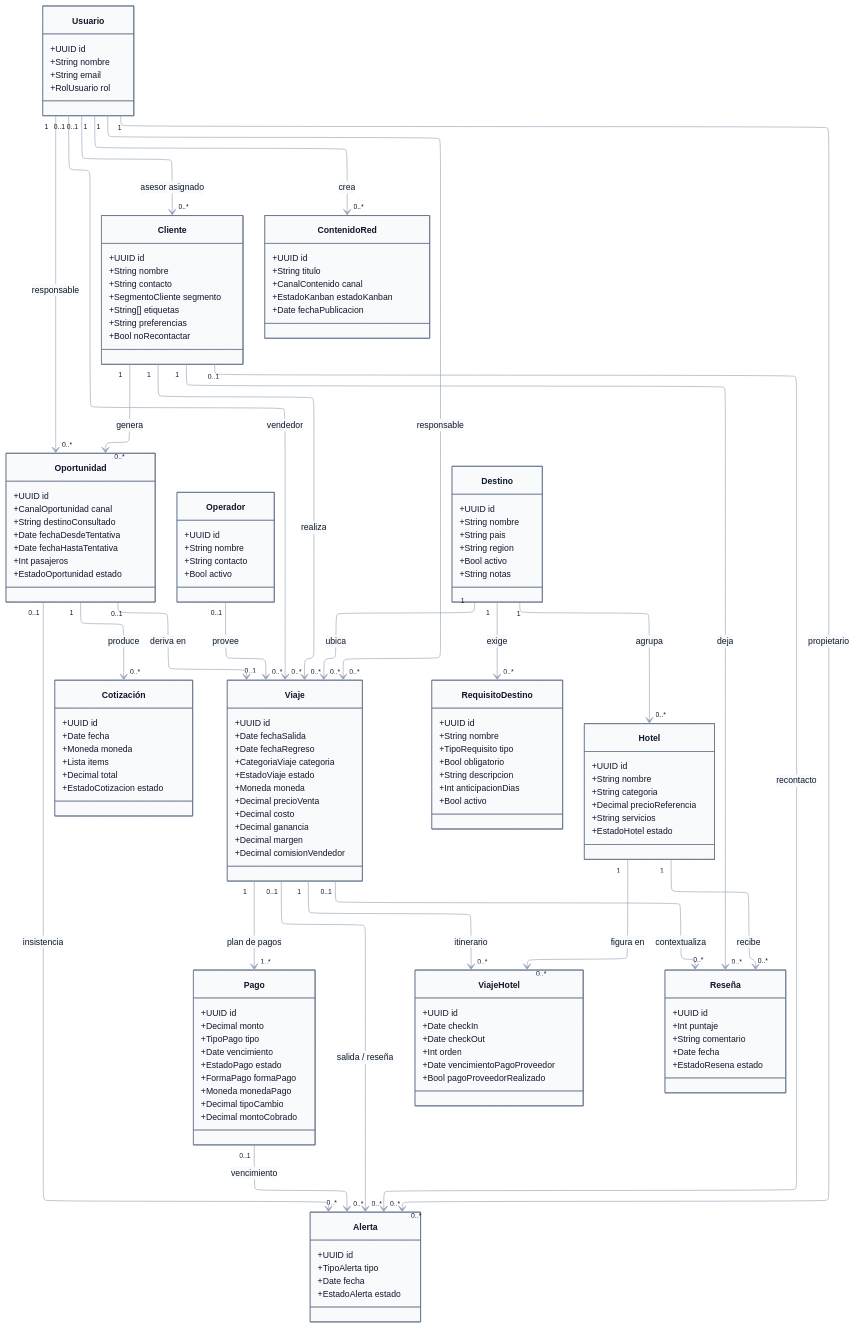
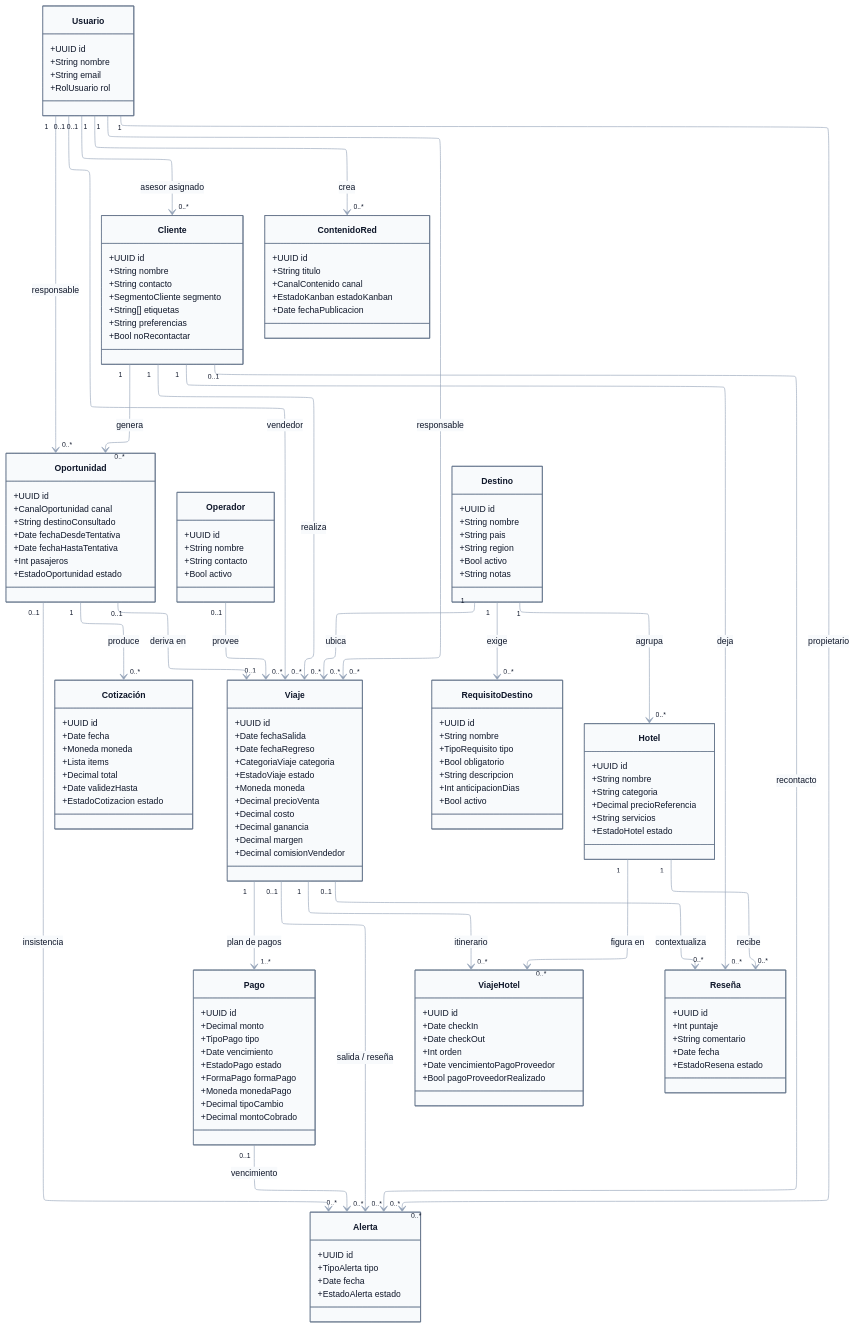
One commit to FranLuciano04/Vault-Rumbo changed the first of 4 diagrams in 03-Dominio/Diagramas/DGM — Diagrama de clases.md. Above: the diagram before and after it, drawn with Mermaid. The commit also changed other lines of this file and 16 other files, not shown here.

First line of the commit message:
Resolver los 25 huecos de los diagramas de estado

```diff
--- a/03-Dominio/Diagramas/DGM — Diagrama de clases.md
+++ b/03-Dominio/Diagramas/DGM — Diagrama de clases.md
@@ -67,6 +67,7 @@
         +Moneda moneda
         +Lista items
         +Decimal total
+        +Date validezHasta
         +EstadoCotizacion estado
     }
 
```
